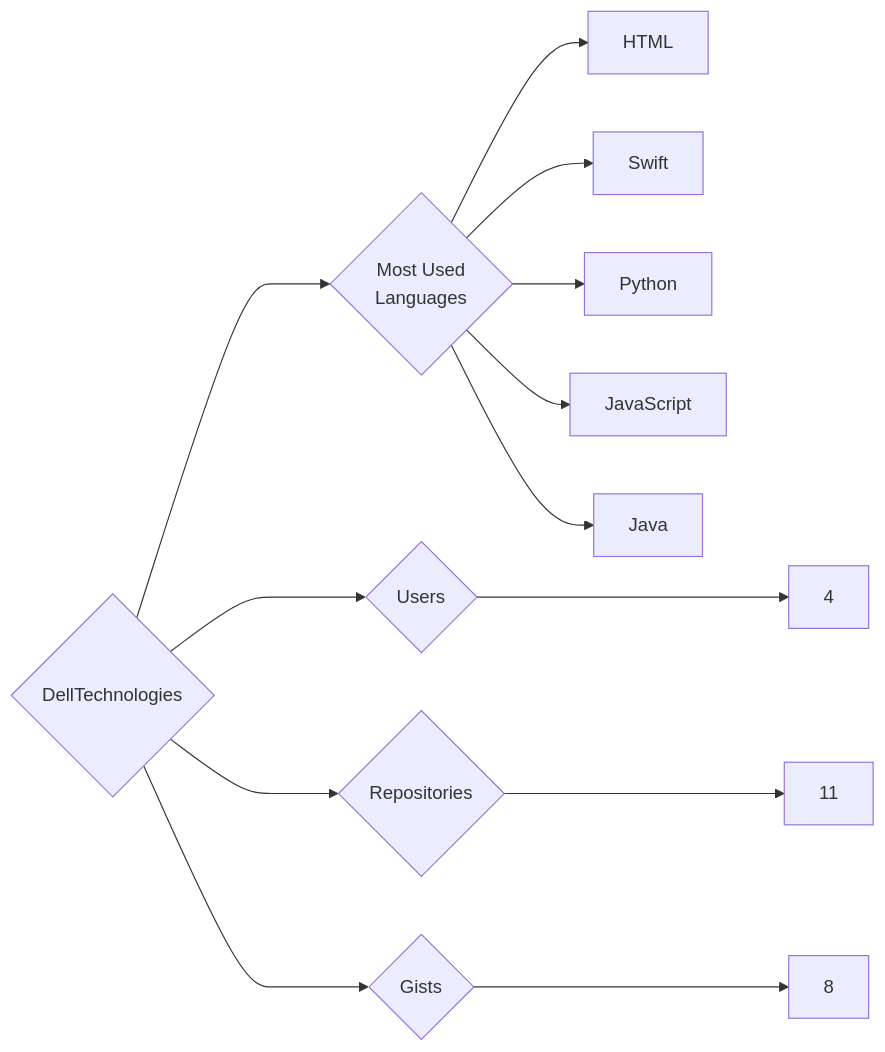
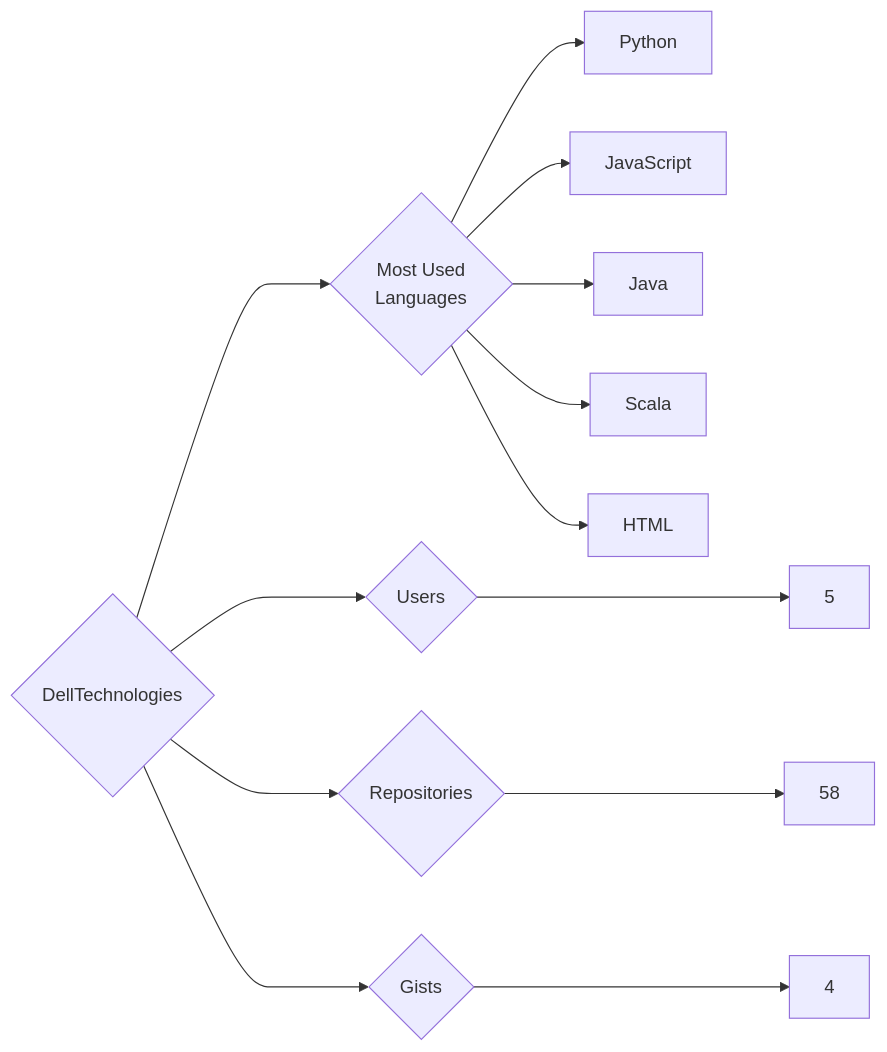
Before and after one commit to trickest/insiders: the diagram in targets/DellTechnologies/README.md, drawn with Mermaid. The commit also changed 1170 other files, not shown here.

````diff
--- a/targets/DellTechnologies/README.md
+++ b/targets/DellTechnologies/README.md
@@ -3,13 +3,13 @@
 ```mermaid
 graph LR
 COMPANY_NAME{DellTechnologies}
-COMPANY_NAME ---> U{Users} ---> UN[4]
-COMPANY_NAME ---> R{Repositories} ---> RN[11]
-COMPANY_NAME ---> G{Gists} ---> GN[8]
+COMPANY_NAME ---> U{Users} ---> UN[5]
+COMPANY_NAME ---> R{Repositories} ---> RN[58]
+COMPANY_NAME ---> G{Gists} ---> GN[4]
 COMPANY_NAME ---> ML{Most Used<br>Languages}
-ML --> HTML[HTML]
-ML --> Swift[Swift]
 ML --> Python[Python]
 ML --> JavaScript[JavaScript]
 ML --> Java[Java]
+ML --> Scala[Scala]
+ML --> HTML[HTML]
 ```
````
